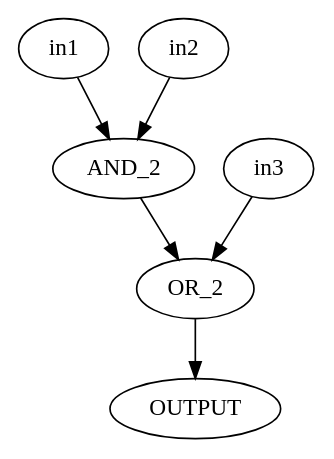
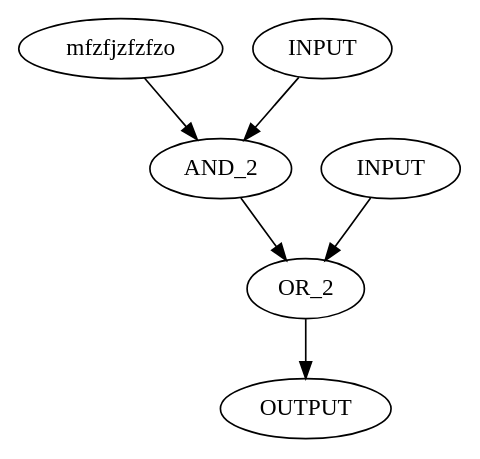
The diagram in test.dot (ozyz/Projet-Info), drawn with Graphviz before and after one commit. The commit also changed 4 other files, not shown here.

```diff
--- a/test.dot
+++ b/test.dot
@@ -1,13 +1,16 @@
 digraph G {
 
+  in1[label="mfzfjzfzfzo"]
+  in2[label="INPUT"]
+  in3[label="INPUT"]
   out1[label="OUTPUT"]
   and[label="AND_2"]
   or[label="OR_2"]
 
   in1-> and
   in2-> and
   in3-> or
   and-> or
   or-> out1
 
 }
```
